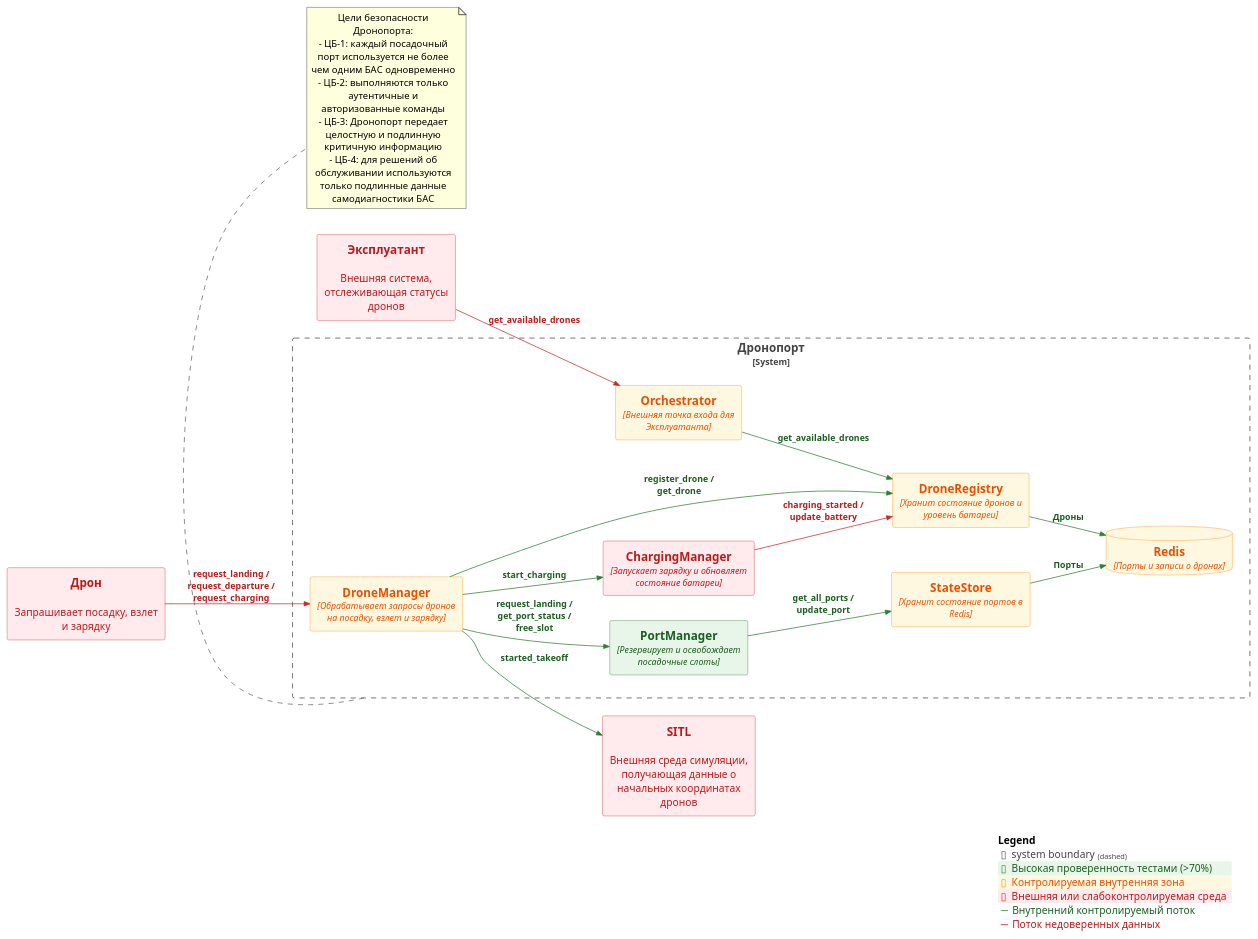
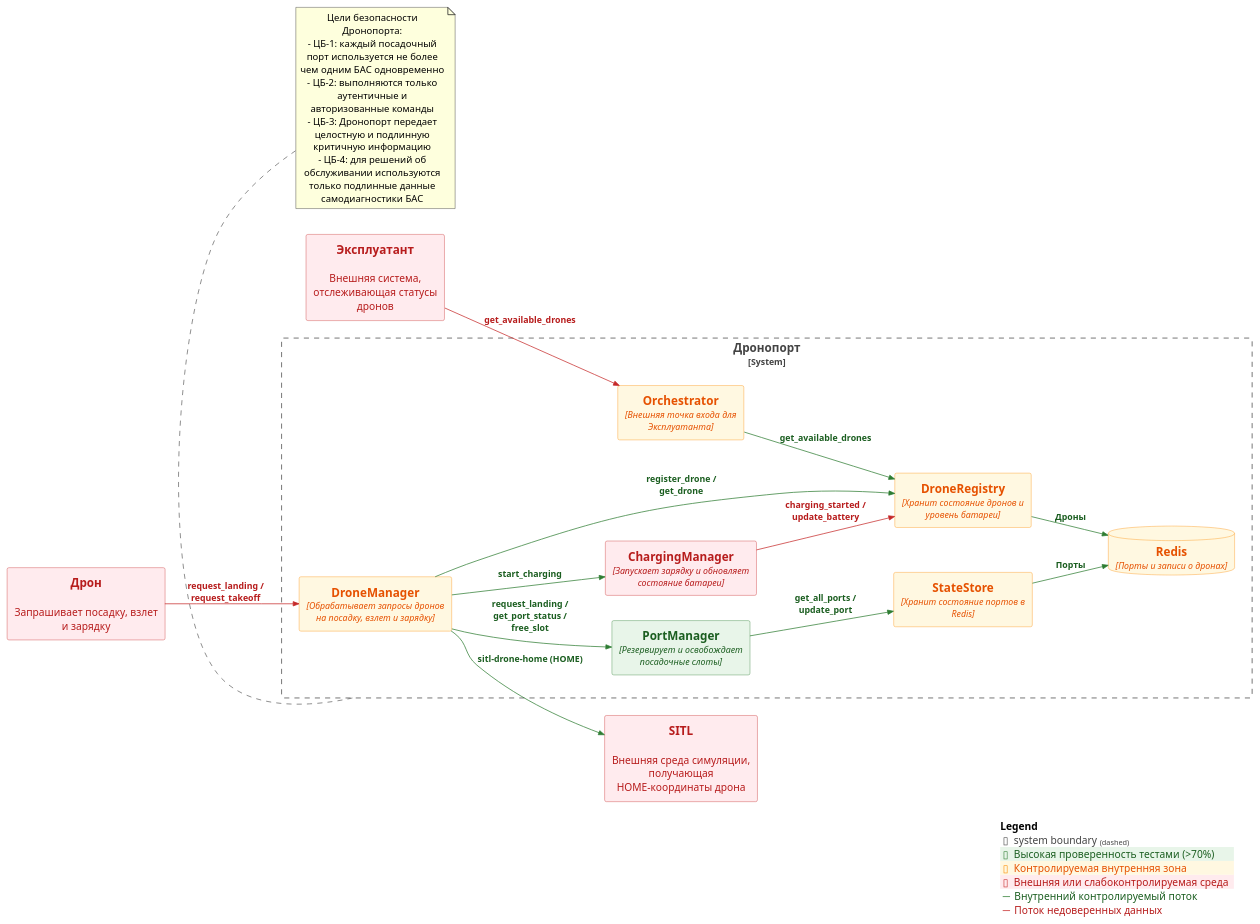
One commit to Kaitrye/DronePortGCS changed the diagram in systems/drone_port/docs/C4_Containers_Trust.puml. Above: the diagram before and after it, drawn with PlantUML. The commit also changed 61 other files, not shown here.

```diff
--- a/systems/drone_port/docs/C4_Containers_Trust.puml
+++ b/systems/drone_port/docs/C4_Containers_Trust.puml
@@ -1,50 +1,50 @@
 @startuml
 !include https://raw.githubusercontent.com/plantuml-stdlib/C4-PlantUML/master/C4_Container.puml
 LAYOUT_LEFT_RIGHT()
 
 AddElementTag("trusted", $bgColor="#E8F5E9", $fontColor="#1B5E20", $borderColor="#2E7D32", $legendText="Высокая проверенность тестами (>70%)")
 AddElementTag("controlled", $bgColor="#FFF8E1", $fontColor="#E65100", $borderColor="#FB8C00", $legendText="Контролируемая внутренняя зона")
 AddElementTag("untrusted", $bgColor="#FFEBEE", $fontColor="#B71C1C", $borderColor="#C62828", $legendText="Внешняя или слабоконтролируемая среда")
 
 AddRelTag("trusted_flow", $textColor="#1B5E20", $lineColor="#2E7D32", $legendText="Внутренний контролируемый поток")
 AddRelTag("external_flow", $textColor="#B71C1C", $lineColor="#C62828", $legendText="Поток недоверенных данных")
 
 System_Ext(operator_system, "Эксплуатант", "Внешняя система, отслеживающая статусы дронов", $tags="untrusted")
 System_Ext(drone, "Дрон", "Запрашивает посадку, взлет и зарядку", $tags="untrusted")
-System_Ext(sitl, "SITL", "Внешняя среда симуляции, получающая данные о начальных координатах дронов", $tags="untrusted")
+System_Ext(sitl, "SITL", "Внешняя среда симуляции, получающая HOME-координаты дрона", $tags="untrusted")
 
 System_Boundary(drone_port, "Дронопорт") {
   Container(orchestrator, "Orchestrator", "Внешняя точка входа для Эксплуатанта", $tags="controlled")
   Container(drone_manager, "DroneManager", "Обрабатывает запросы дронов на посадку, взлет и зарядку", $tags="controlled")
   Container(drone_registry, "DroneRegistry", "Хранит состояние дронов и уровень батареи", $tags="controlled")
   Container(port_manager, "PortManager", "Резервирует и освобождает посадочные слоты", $tags="trusted")
   Container(charging_manager, "ChargingManager", "Запускает зарядку и обновляет состояние батареи", $tags="untrusted")
   Container(state_store, "StateStore", "Хранит состояние портов в Redis", $tags="controlled")
   ContainerDb(redis, "Redis", "Порты и записи о дронах", $tags="controlled")
 }
 
 Rel(operator_system, orchestrator, "get_available_drones", $tags="external_flow")
 Rel(orchestrator, drone_registry, "get_available_drones", $tags="trusted_flow")
 
-Rel(drone, drone_manager, "request_landing / request_departure / request_charging", $tags="external_flow")
-Rel(drone_manager, sitl, "started_takeoff", $tags="trusted_flow")
+Rel(drone, drone_manager, "request_landing / request_takeoff", $tags="external_flow")
+Rel(drone_manager, sitl, "sitl-drone-home (HOME)", $tags="trusted_flow")
 
 Rel(drone_manager, port_manager, "request_landing / get_port_status / free_slot", $tags="trusted_flow")
 Rel(drone_manager, drone_registry, "register_drone / get_drone", $tags="trusted_flow")
 Rel(drone_manager, charging_manager, "start_charging", $tags="trusted_flow")
 Rel(charging_manager, drone_registry, "charging_started / update_battery", $tags="external_flow")
 
 Rel(port_manager, state_store, "get_all_ports / update_port", $tags="trusted_flow")
 Rel(state_store, redis, "Порты", $tags="trusted_flow")
 Rel(drone_registry, redis, "Дроны", $tags="trusted_flow")
 
 note bottom of drone_port
   Цели безопасности Дронопорта:
   - ЦБ-1: каждый посадочный порт используется не более чем одним БАС одновременно
   - ЦБ-2: выполняются только аутентичные и авторизованные команды
   - ЦБ-3: Дронопорт передает целостную и подлинную критичную информацию
   - ЦБ-4: для решений об обслуживании используются только подлинные данные самодиагностики БАС
 end note
 
 SHOW_LEGEND()
 @enduml
```
